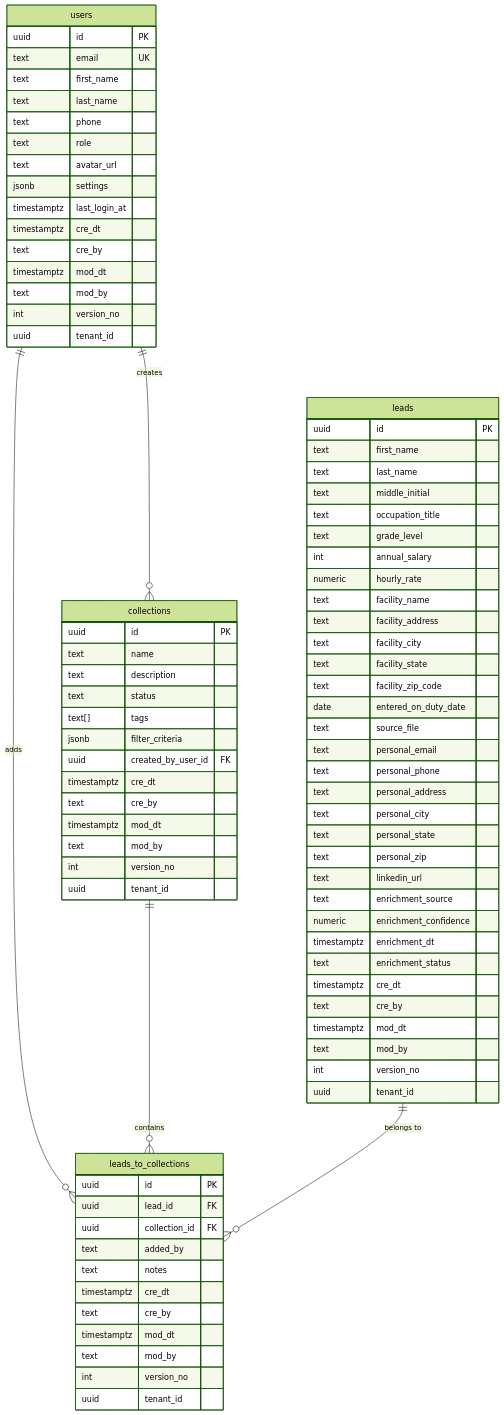
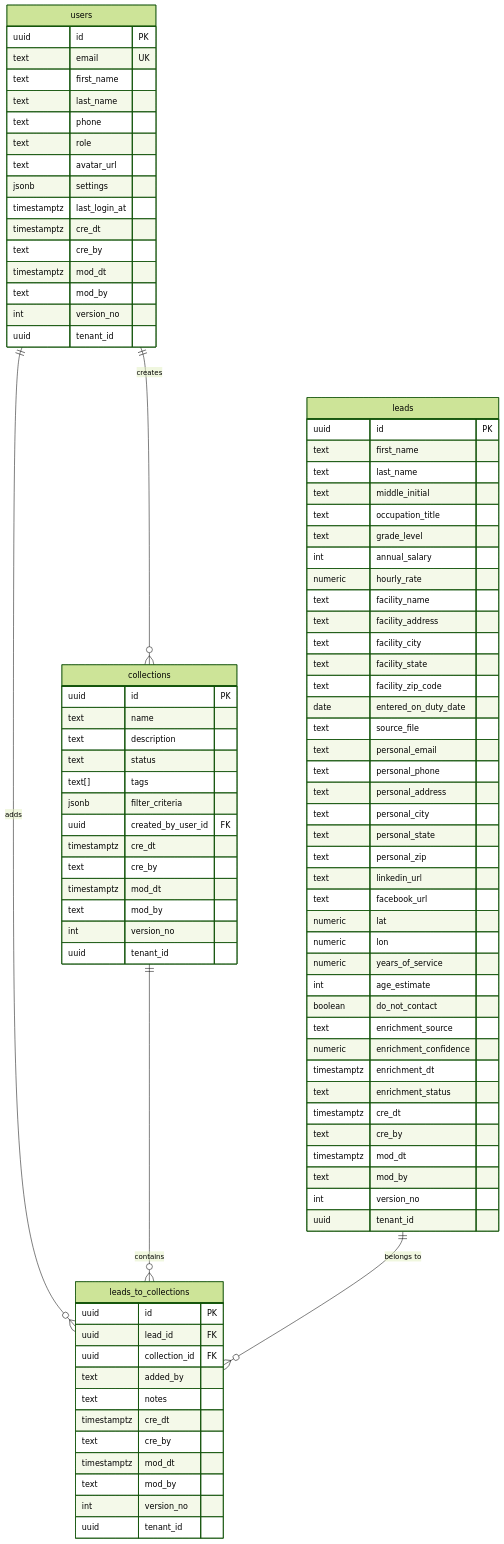
One commit to maikify350/FEDSafeRetirement changed the diagram in App/Database.md. Above: the diagram before and after it, drawn with Mermaid (forest theme). The commit also changed other lines of this file and 6 other files, not shown here.

Commit message:
feat: add facebook_url, lat/lon, years_of_service, age_estimate, do_not_contact to lead schema and Database.md

```diff
--- a/App/Database.md
+++ b/App/Database.md
@@ -88,6 +88,12 @@
         text personal_state
         text personal_zip
         text linkedin_url
+        text facebook_url
+        numeric lat
+        numeric lon
+        numeric years_of_service
+        int age_estimate
+        boolean do_not_contact
         text enrichment_source
         numeric enrichment_confidence
         timestamptz enrichment_dt
```
